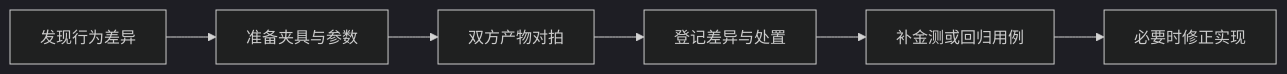
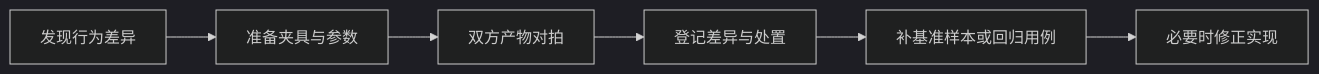
One commit to tktogether/subforge changed the first of 3 diagrams in docs/wiki/兼容性与迁移说明.md. Above: the diagram before and after it, drawn with Mermaid (dark theme). The commit also changed other lines of this file and 27 other files, not shown here.

````diff
--- a/docs/wiki/兼容性与迁移说明.md
+++ b/docs/wiki/兼容性与迁移说明.md
@@ -20,8 +20,8 @@
 ```mermaid
 flowchart LR
   A[发现行为差异] --> B[准备夹具与参数]
   B --> C[双方产物对拍]
   C --> D[登记差异与处置]
-  D --> E[补金测或回归用例]
+  D --> E[补基准样本或回归用例]
   E --> F[必要时修正实现]
 ```
````
